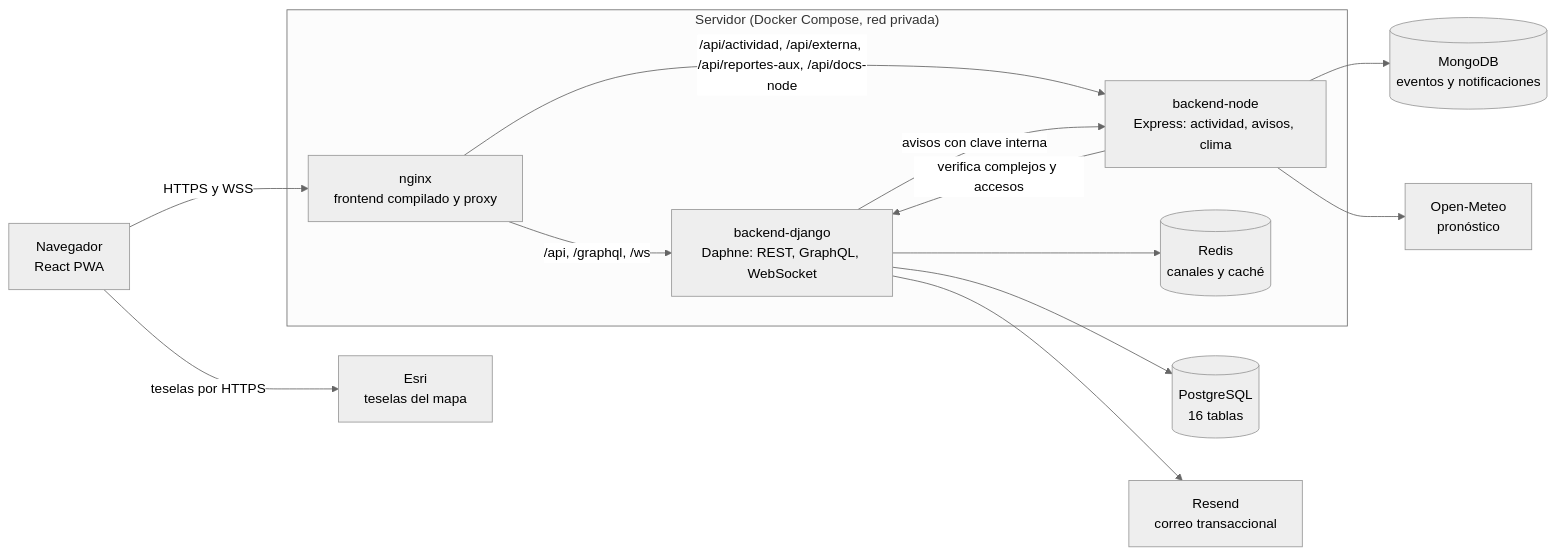
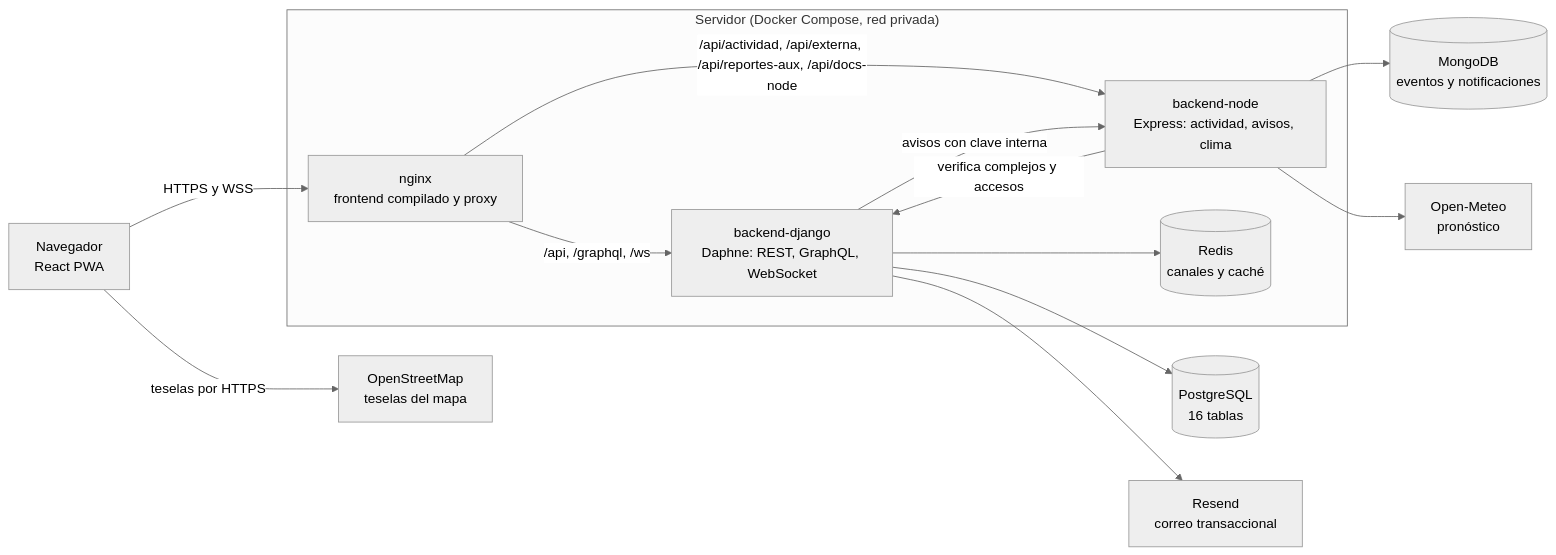
Before and after one commit to ValentinRivero/TaLibre: the first of 4 diagrams in docs/ARQUITECTURA.md, drawn with Mermaid (neutral theme). The commit also changed other lines of this file and 4 other files, not shown here.

Commit message:
docs - complejos por cuenta, mapa con openstreetmap y totales de pruebas

````diff
--- a/docs/ARQUITECTURA.md
+++ b/docs/ARQUITECTURA.md
@@ -44,27 +46,27 @@
 ```mermaid
 flowchart LR
     nav["Navegador<br/>React PWA"]
     subgraph servidor["Servidor (Docker Compose, red privada)"]
         nginx["nginx<br/>frontend compilado y proxy"]
         django["backend-django<br/>Daphne: REST, GraphQL, WebSocket"]
         node["backend-node<br/>Express: actividad, avisos, clima"]
         redis[("Redis<br/>canales y caché")]
     end
     pg[("PostgreSQL<br/>16 tablas")]
     mongo[("MongoDB<br/>eventos y notificaciones")]
     meteo["Open-Meteo<br/>pronóstico"]
-    esri["Esri<br/>teselas del mapa"]
+    osm["OpenStreetMap<br/>teselas del mapa"]
     resend["Resend<br/>correo transaccional"]
 
     nav -- "HTTPS y WSS" --> nginx
-    nav -- "teselas por HTTPS" --> esri
+    nav -- "teselas por HTTPS" --> osm
     nginx -- "/api, /graphql, /ws" --> django
     nginx -- "/api/actividad, /api/externa, /api/reportes-aux, /api/docs-node" --> node
     django --> pg
     django --> redis
     django -- "avisos con clave interna" --> node
     node -- "verifica complejos y accesos" --> django
     node --> mongo
     node --> meteo
     django --> resend
 ```
````
